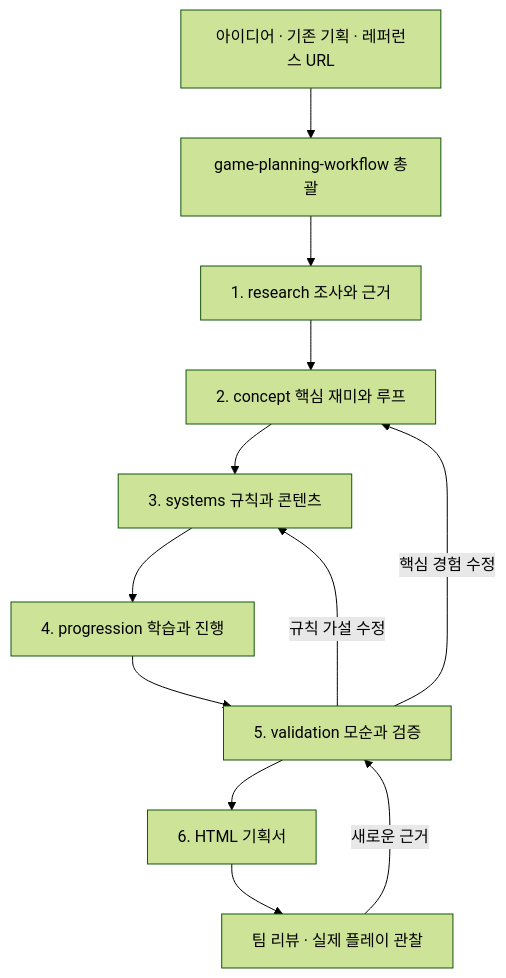
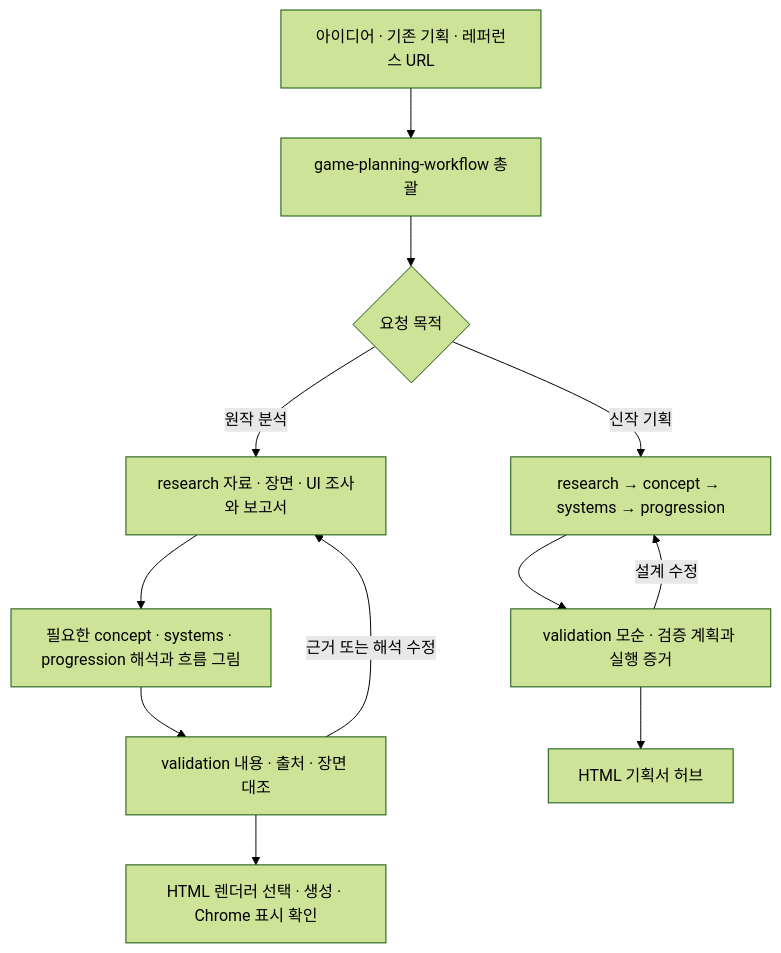
Before and after one commit to harness-subdev/harness-game-planning: the diagram in README.md, drawn with Mermaid (forest theme). The commit also changed other lines of this file and 25 other files, not shown here.

````diff
--- a/README.md
+++ b/README.md
@@ -28,14 +28,14 @@
 ```mermaid
 flowchart TD
   A[아이디어 · 기존 기획 · 레퍼런스 URL] --> O[game-planning-workflow 총괄]
-  O --> R[1. research 조사와 근거]
-  R --> C[2. concept 핵심 재미와 루프]
-  C --> S[3. systems 규칙과 콘텐츠]
-  S --> P[4. progression 학습과 진행]
-  P --> V[5. validation 모순과 검증]
-  V --> H[6. HTML 기획서]
-  V -->|규칙 가설 수정| S
-  V -->|핵심 경험 수정| C
-  H --> F[팀 리뷰 · 실제 플레이 관찰]
-  F -->|새로운 근거| V
+  O --> M{요청 목적}
+  M -->|원작 분석| R[research 자료 · 장면 · UI 조사와 보고서]
+  R --> I[필요한 concept · systems · progression 해석과 흐름 그림]
+  I --> V[validation 내용 · 출처 · 장면 대조]
+  V --> H[HTML 렌더러 선택 · 생성 · Chrome 표시 확인]
+  V -->|근거 또는 해석 수정| R
+  M -->|신작 기획| N[research → concept → systems → progression]
+  N --> T[validation 모순 · 검증 계획과 실행 증거]
+  T --> J[HTML 기획서 허브]
+  T -->|설계 수정| N
 ```
````
